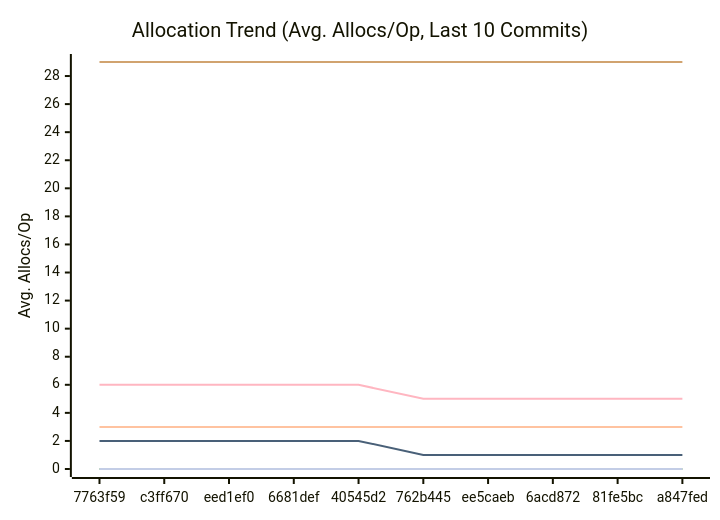
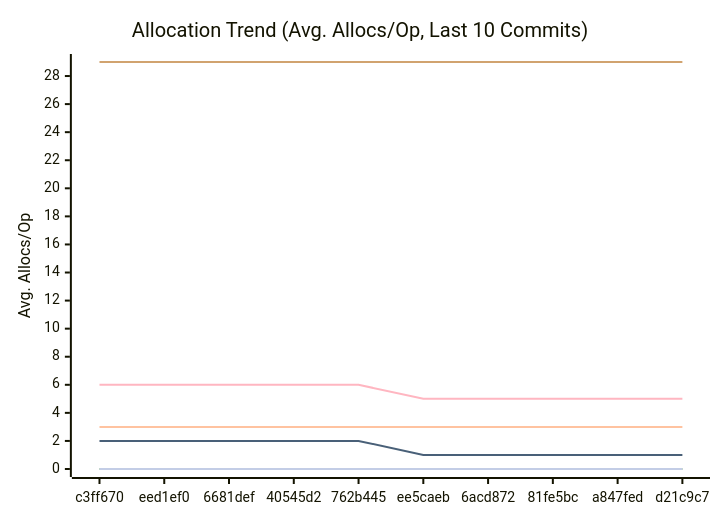
The third of 3 diagrams in docs/PERFORMANCE.md (alsotoes/momo), drawn with Mermaid before and after one commit. The commit also changed other lines of this file and 2 other files, not shown here.

````diff
--- a/docs/PERFORMANCE.md
+++ b/docs/PERFORMANCE.md
@@ -114,16 +114,16 @@
 ```mermaid
 xychart-beta
     title "Allocation Trend (Avg. Allocs/Op, Last 10 Commits)"
     x-axis "Commit"
     y-axis "Avg. Allocs/Op"
-    x-axis [7763f59,c3ff670,eed1ef0,6681def,40545d2,762b445,ee5caeb,6acd872,81fe5bc,a847fed]
+    x-axis [c3ff670,eed1ef0,6681def,40545d2,762b445,ee5caeb,6acd872,81fe5bc,a847fed,d21c9c7]
     line "CheckMetricsAndSwap" [0,0,0,0,0,0,0,0,0,0]
     line "CrushOptimized" [0,0,0,0,0,0,0,0,0,0]
     line "CrushOriginal" [3,3,3,3,3,3,3,3,3,3]
     line "IndexDirectTracking" [0,0,0,0,0,0,0,0,0,0]
     line "IndexSearch" [0,0,0,0,0,0,0,0,0,0]
     line "LoadGlobalConfig" [29,29,29,29,29,29,29,29,29,29]
     line "PadString" [0,0,0,0,0,0,0,0,0,0]
     line "ParseReplicationOrder_NoPrealloc" [6,6,6,6,6,5,5,5,5,5]
     line "ParseReplicationOrder_Prealloc" [2,2,2,2,2,1,1,1,1,1]
 ```
````
